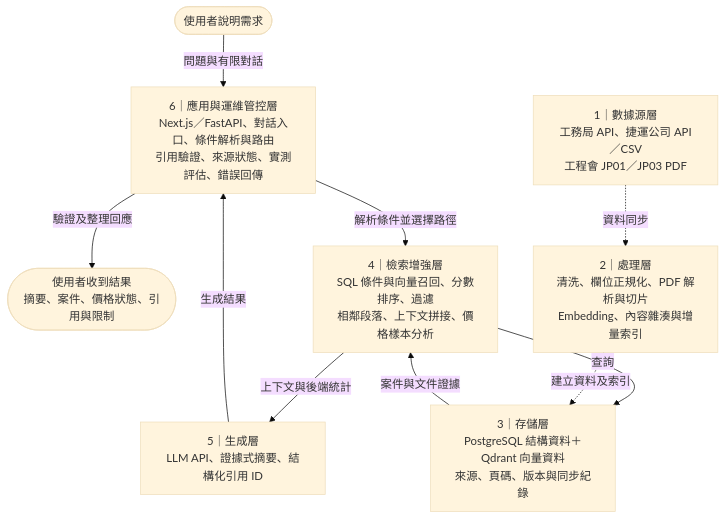
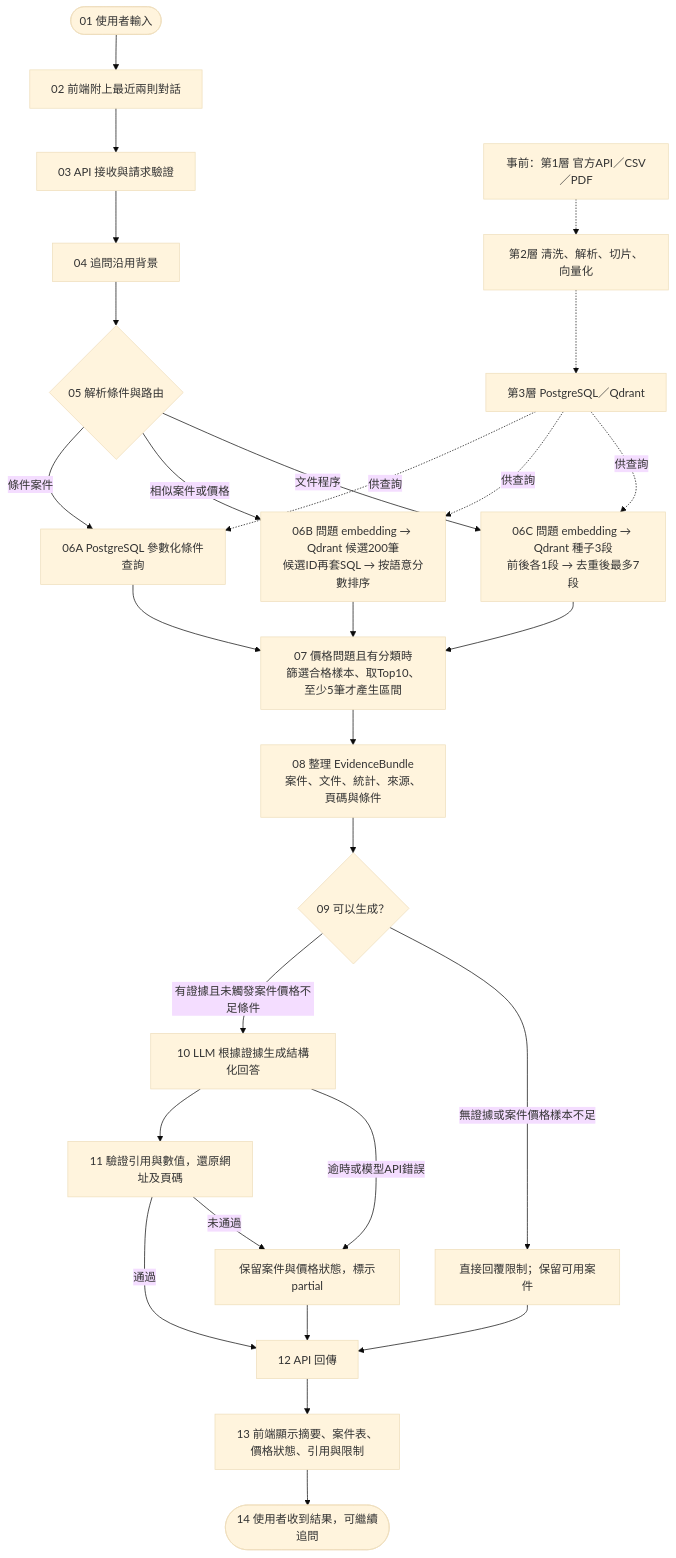
The diagram in docs/architecture.md (chenliyu0410/procurement-quotation-rag), drawn with Mermaid (base theme) before and after one commit. The commit also changed other lines of this file and 3 other files, not shown here.

Commit message:
docs: expand full user input-to-output RAG process [skip ci]

````diff
--- a/docs/architecture.md
+++ b/docs/architecture.md
@@ -13,20 +17,30 @@
 ```mermaid
 flowchart TB
-    USER([使用者說明需求])
-    OUT([使用者收到結果<br/>摘要、案件、價格狀態、引用與限制])
-    L6[6｜應用與運維管控層<br/>Next.js／FastAPI、對話入口、條件解析與路由<br/>引用驗證、來源狀態、實測評估、錯誤回傳]
-    L5[5｜生成層<br/>LLM API、證據式摘要、結構化引用 ID]
-    L4[4｜檢索增強層<br/>SQL 條件與向量召回、分數排序、過濾<br/>相鄰段落、上下文拼接、價格樣本分析]
-    L3[3｜存儲層<br/>PostgreSQL 結構資料＋Qdrant 向量資料<br/>來源、頁碼、版本與同步紀錄]
-    L2[2｜處理層<br/>清洗、欄位正規化、PDF 解析與切片<br/>Embedding、內容雜湊與增量索引]
-    L1[1｜數據源層<br/>工務局 API、捷運公司 API／CSV<br/>工程會 JP01／JP03 PDF]
-    USER -->|問題與有限對話| L6
-    L6 -->|解析條件並選擇路徑| L4
-    L4 -->|查詢| L3
-    L3 -->|案件與文件證據| L4
-    L4 -->|上下文與後端統計| L5
-    L5 -->|生成結果| L6
-    L6 -->|驗證及整理回應| OUT
-    L1 -. 資料同步 .-> L2
-    L2 -. 建立資料及索引 .-> L3
+    U([01 使用者輸入]) --> WEB[02 前端附上最近兩則對話]
+    WEB --> API[03 API 接收與請求驗證]
+    API --> REWRITE[04 追問沿用背景]
+    REWRITE --> PARSE{05 解析條件與路由}
+    PARSE -->|條件案件| SQL[06A PostgreSQL 參數化條件查詢]
+    PARSE -->|相似案件或價格| VECTOR[06B 問題 embedding → Qdrant 候選200筆<br/>候選ID再套SQL → 按語意分數排序]
+    PARSE -->|文件程序| DOC[06C 問題 embedding → Qdrant 種子3段<br/>前後各1段 → 去重後最多7段]
+    SQL --> PRICE[07 價格問題且有分類時<br/>篩選合格樣本、取Top10、至少5筆才產生區間]
+    VECTOR --> PRICE
+    DOC --> PRICE
+    PRICE --> EVIDENCE[08 整理 EvidenceBundle<br/>案件、文件、統計、來源、頁碼與條件]
+    EVIDENCE --> GATE{09 可以生成？}
+    GATE -->|有證據且未觸發案件價格不足條件| LLM[10 LLM 根據證據生成結構化回答]
+    GATE -->|無證據或案件價格樣本不足| DIRECT[直接回覆限制；保留可用案件]
+    LLM --> VALIDATE[11 驗證引用與數值，還原網址及頁碼]
+    LLM -->|逾時或模型API錯誤| PARTIAL[保留案件與價格狀態，標示partial]
+    VALIDATE -->|通過| RESPONSE[12 API 回傳]
+    VALIDATE -->|未通過| PARTIAL
+    DIRECT --> RESPONSE
+    PARTIAL --> RESPONSE
+    RESPONSE --> VIEW[13 前端顯示摘要、案件表、價格狀態、引用與限制]
+    VIEW --> OUT([14 使用者收到結果，可繼續追問])
+    SOURCE[事前：第1層 官方API／CSV／PDF] -.-> PROCESS[第2層 清洗、解析、切片、向量化]
+    PROCESS -.-> STORE[第3層 PostgreSQL／Qdrant]
+    STORE -. 供查詢 .-> SQL
+    STORE -. 供查詢 .-> VECTOR
+    STORE -. 供查詢 .-> DOC
 ```
````
